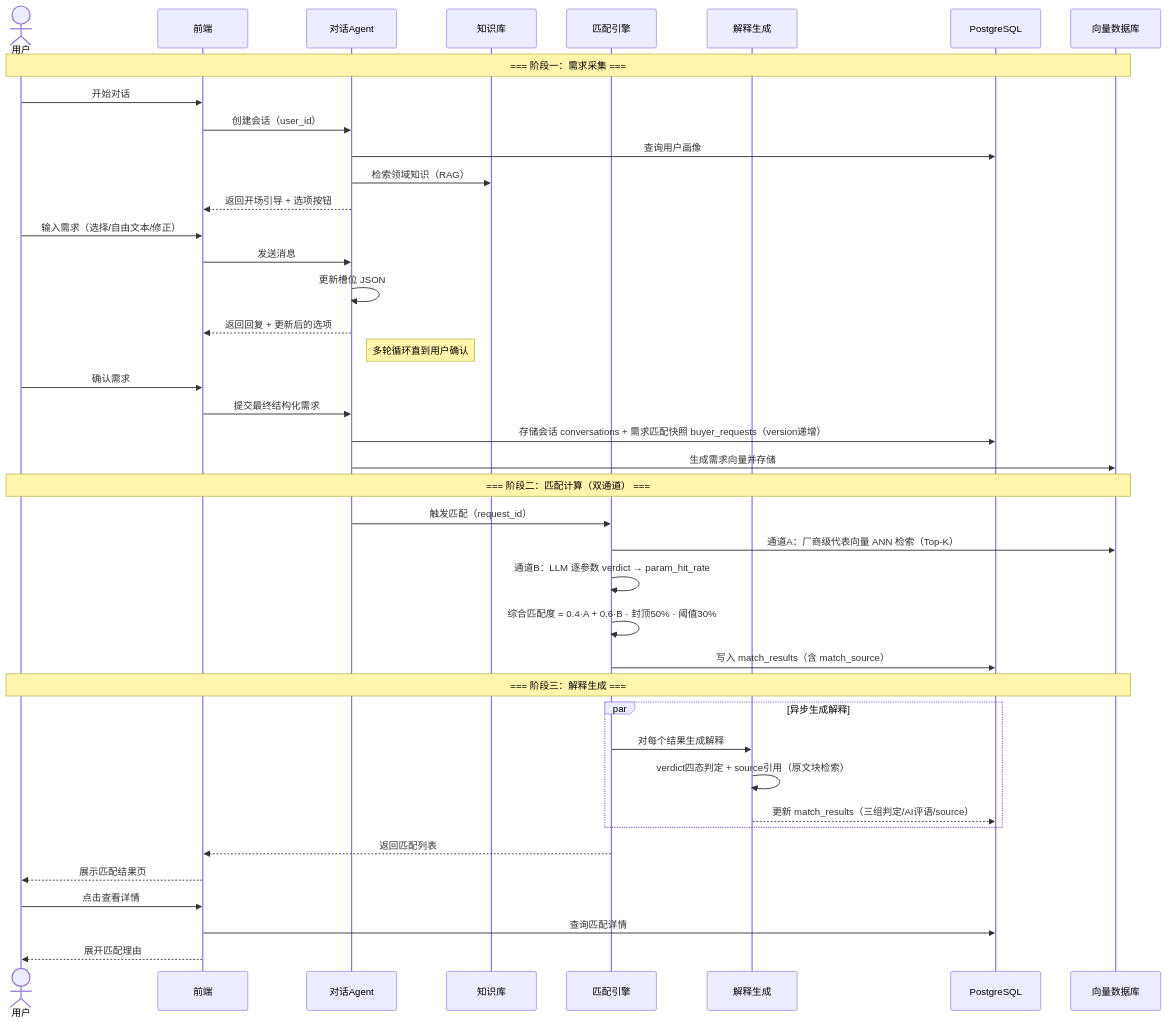
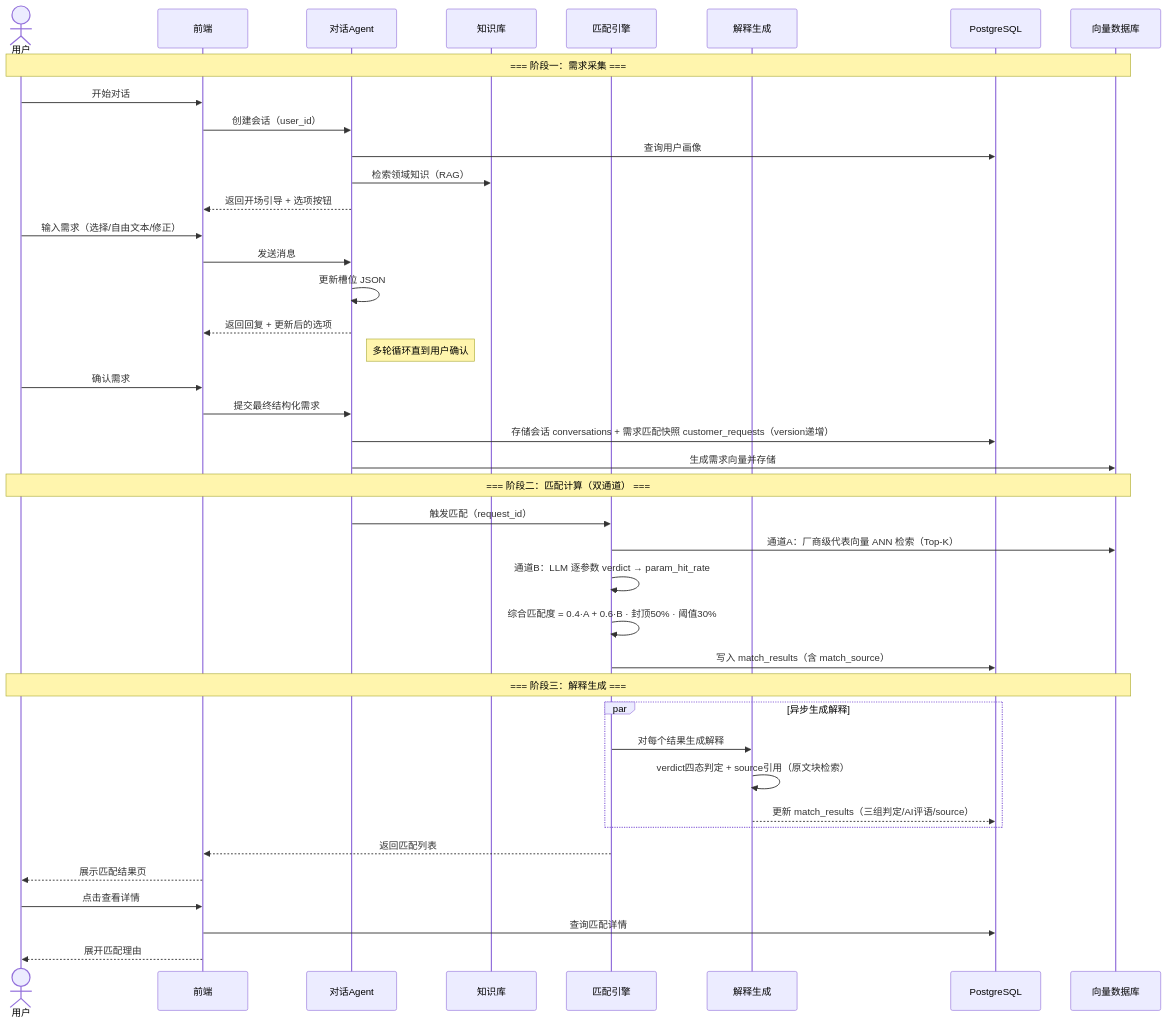
One commit to ivgotcrazy/xmsn-demo changed the fifth of 9 diagrams in doc/系统/系统架构设计.md. Above: the diagram before and after it, drawn with Mermaid. The commit also changed other lines of this file and 246 other files, not shown here.

````diff
--- a/doc/系统/系统架构设计.md
+++ b/doc/系统/系统架构设计.md
@@ -705,48 +705,48 @@
 ```mermaid
 sequenceDiagram
     actor User as 用户
     participant FE as 前端
     participant Agent as 对话Agent
     participant KB as 知识库
     participant ME as 匹配引擎
     participant EG as 解释生成
     participant DB as PostgreSQL
     participant VDB as 向量数据库
 
     Note over User, VDB: === 阶段一：需求采集 ===
     User->>FE: 开始对话
     FE->>Agent: 创建会话（user_id）
     Agent->>DB: 查询用户画像
     Agent->>KB: 检索领域知识（RAG）
     Agent-->>FE: 返回开场引导 + 选项按钮
     User->>FE: 输入需求（选择/自由文本/修正）
     FE->>Agent: 发送消息
     Agent->>Agent: 更新槽位 JSON
     Agent-->>FE: 返回回复 + 更新后的选项
     Note right of Agent: 多轮循环直到用户确认
 
     User->>FE: 确认需求
     FE->>Agent: 提交最终结构化需求
-    Agent->>DB: 存储会话 conversations + 需求匹配快照 buyer_requests（version递增）
+    Agent->>DB: 存储会话 conversations + 需求匹配快照 customer_requests（version递增）
     Agent->>VDB: 生成需求向量并存储
 
     Note over User, VDB: === 阶段二：匹配计算（双通道） ===
     Agent->>ME: 触发匹配（request_id）
     ME->>VDB: 通道A：厂商级代表向量 ANN 检索（Top-K）
     ME->>ME: 通道B：LLM 逐参数 verdict → param_hit_rate
     ME->>ME: 综合匹配度 = 0.4·A + 0.6·B · 封顶50% · 阈值30%
     ME->>DB: 写入 match_results（含 match_source）
 
     Note over User, VDB: === 阶段三：解释生成 ===
     par 异步生成解释
         ME->>EG: 对每个结果生成解释
         EG->>EG: verdict四态判定 + source引用（原文块检索）
         EG-->>DB: 更新 match_results（三组判定/AI评语/source）
     end
 
     ME-->>FE: 返回匹配列表
     FE-->>User: 展示匹配结果页
     User->>FE: 点击查看详情
     FE->>DB: 查询匹配详情
     FE-->>User: 展开匹配理由
 ```
````
